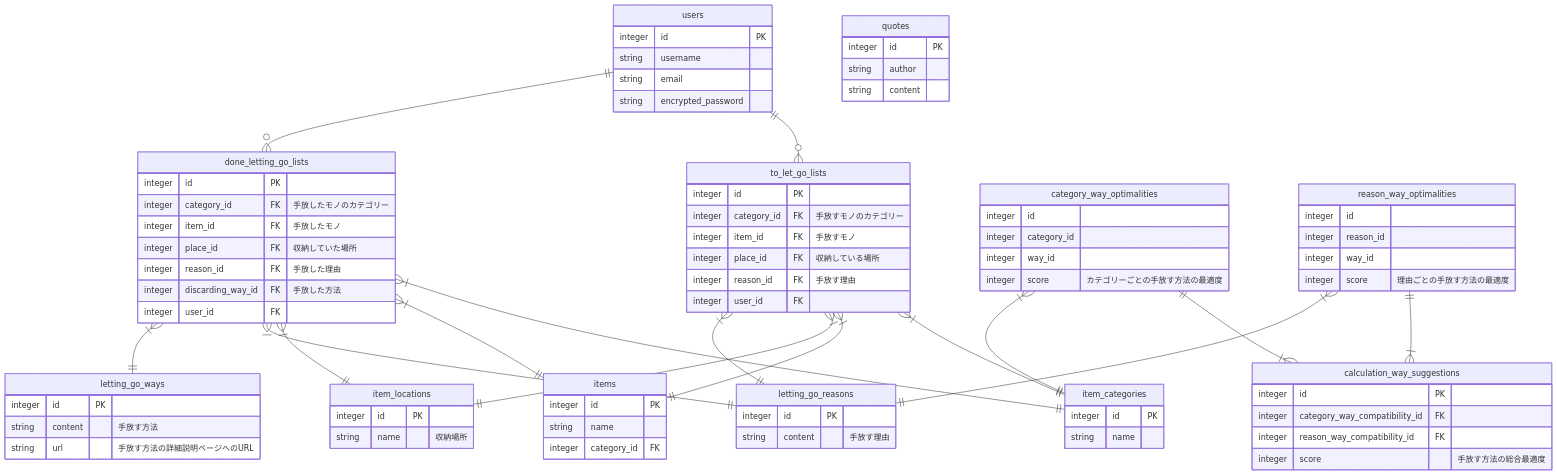
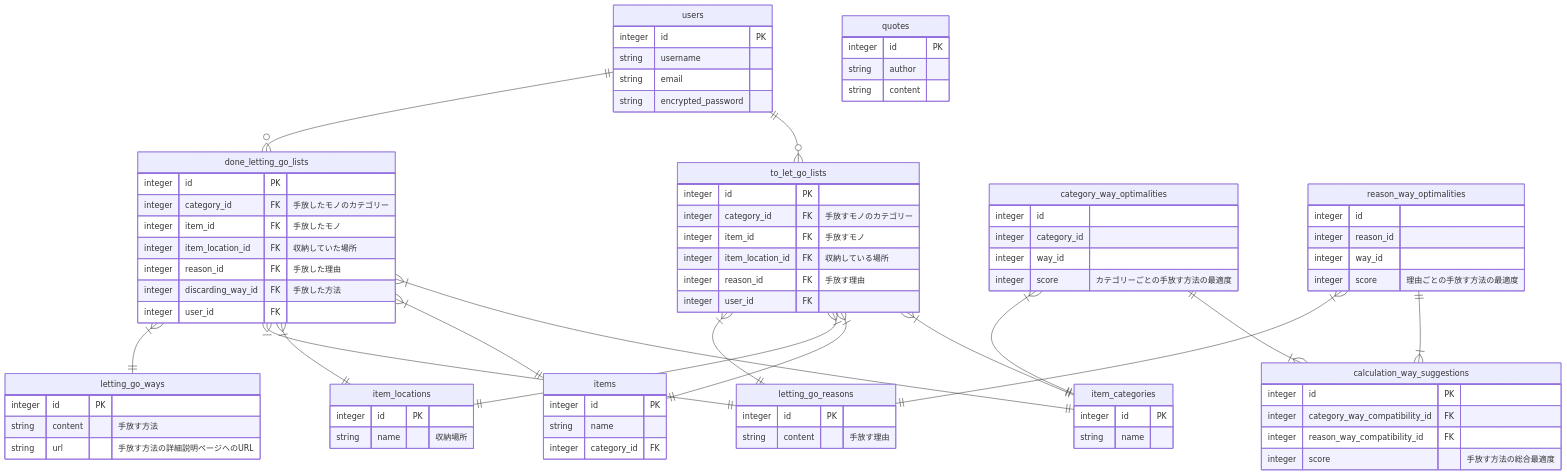
Before and after one commit to sarii0213/karoyaka_sketch: the diagram in db_architecture.md, drawn with Mermaid.

```diff
--- a/db_architecture.md
+++ b/db_architecture.md
@@ -28,7 +28,7 @@
 integer id PK
 integer category_id FK "手放すモノのカテゴリー"
 integer item_id FK "手放すモノ"
-integer place_id FK "収納している場所"
+integer item_location_id FK "収納している場所"
 integer reason_id FK "手放す理由"
 integer user_id FK  
 }
@@ -37,7 +37,7 @@
 integer id PK
 integer category_id FK "手放したモノのカテゴリー"
 integer item_id FK "手放したモノ"
-integer place_id FK "収納していた場所"
+integer item_location_id FK "収納していた場所"
 integer reason_id FK "手放した理由" 
 integer discarding_way_id FK "手放した方法"
 integer user_id FK  
```
